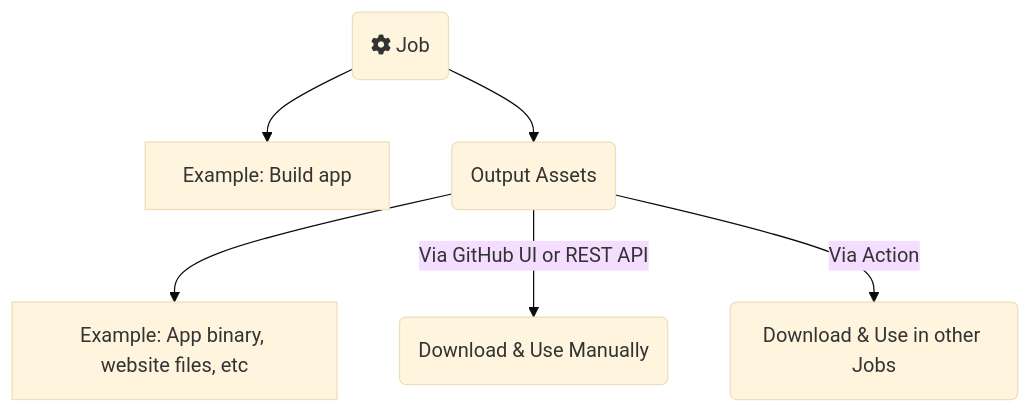
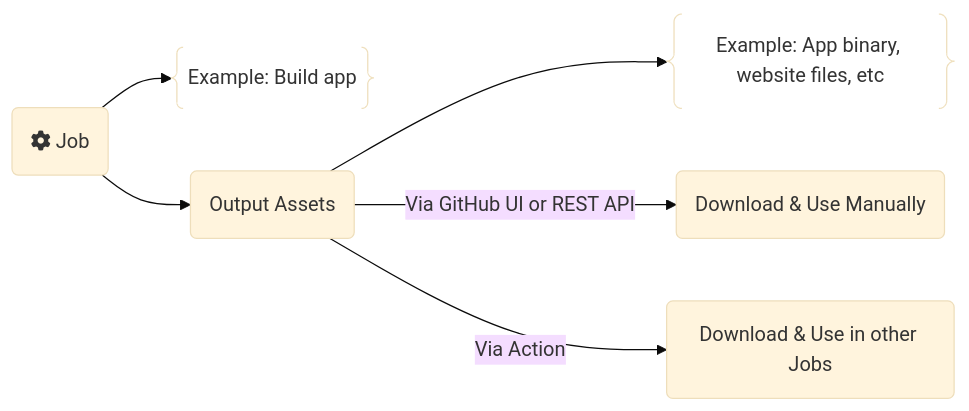
Before and after one commit to rtdevx/rtdevx.github.io: the diagram in content/posts/training/GitHub/2025-github-actions/05-artifacts-outputs/index.md, drawn with Mermaid (base theme). The commit also changed other lines of this file and 1 other file, not shown here.

Commit message:
Obsidian sync: 2025-12-09 10:15:48

```diff
--- a/content/posts/training/GitHub/2025-github-actions/05-artifacts-outputs/index.md
+++ b/content/posts/training/GitHub/2025-github-actions/05-artifacts-outputs/index.md
@@ -24,8 +24,10 @@
 {{< mermaid >}}
-flowchart TD
-  A(fa:fa-cog Job) --> B[Example: Build app]
+flowchart LR
+B@{ shape: braces, label: "Example: Build app" }
+D@{ shape: braces, label: "Example: App binary, website files, etc" }
+  A(fa:fa-cog Job) --> B
   A --> C(Output Assets)
-  C --> D[Example: App binary, website files, etc]
+  C --> D
   C -->|Via GitHub UI or REST API| E(Download & Use Manually)
   C -->|Via Action| F(Download & Use in other Jobs)
 {{< /mermaid >}}
```
